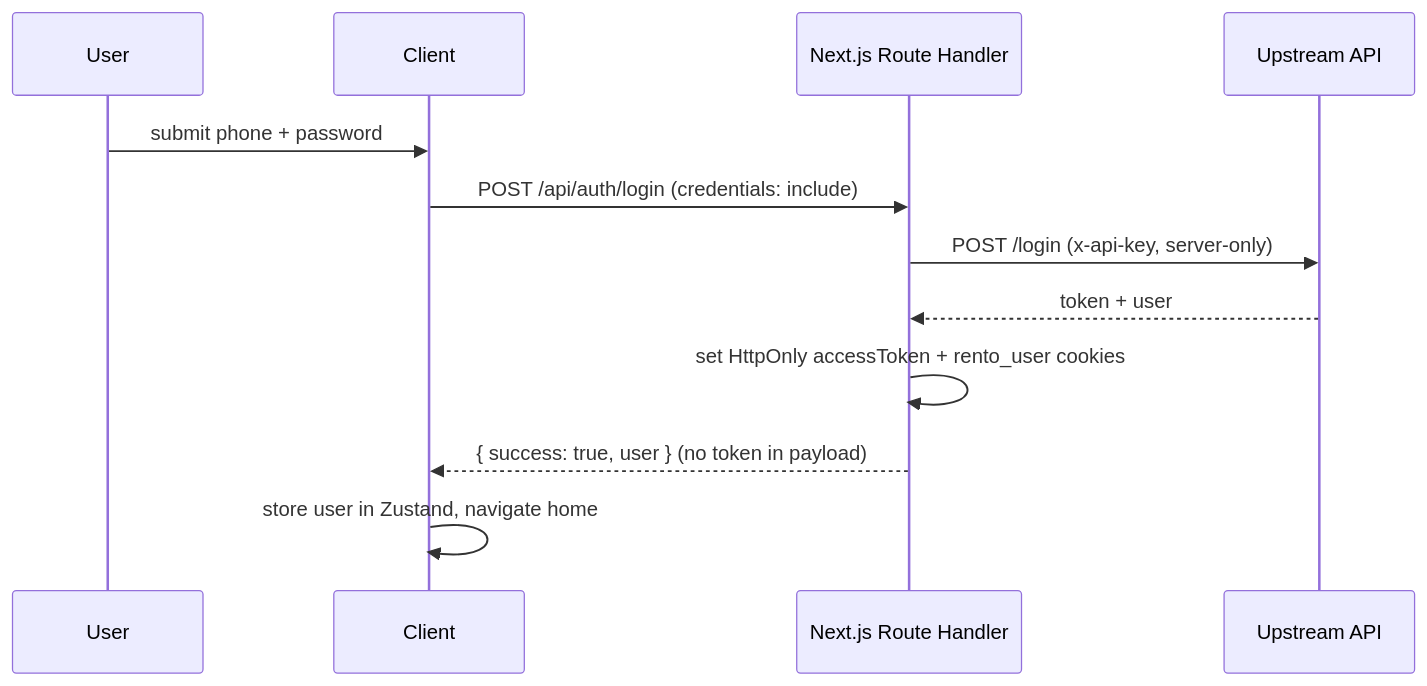
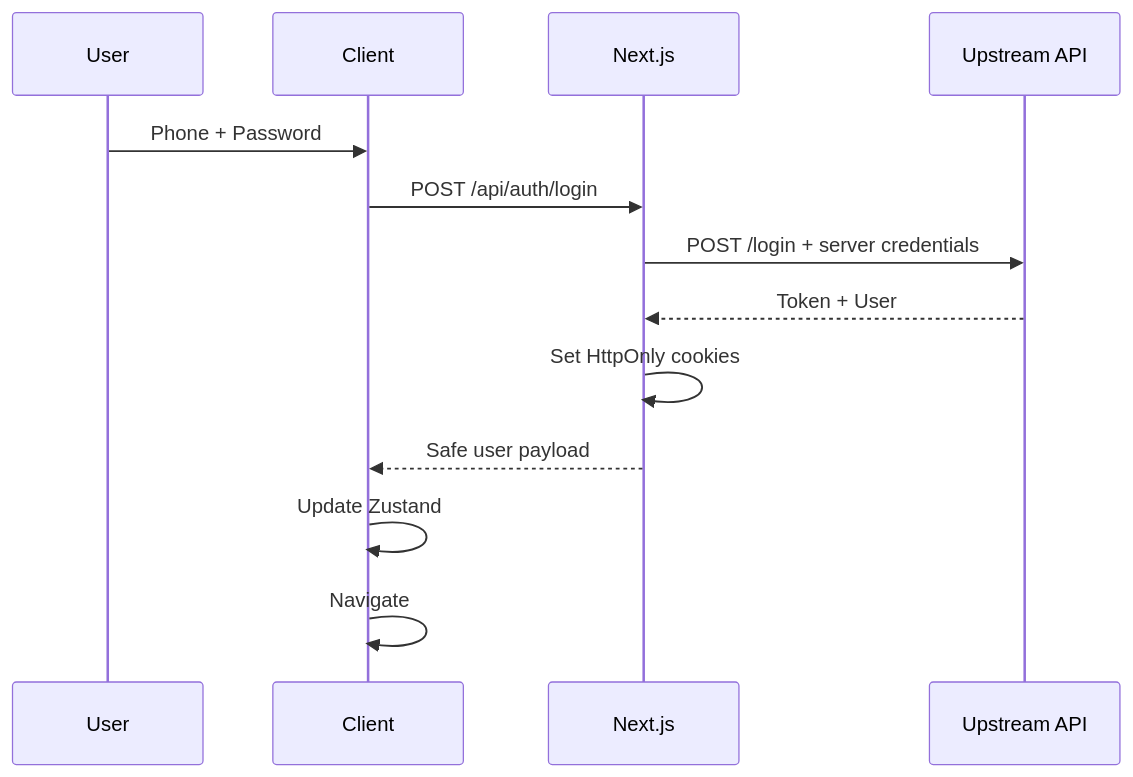
The second of 7 diagrams in Web-architecture.md (suliman-mousa/Rento-Car), drawn with Mermaid before and after one commit. The commit also changed other lines of this file, not shown here.

````diff
--- a/Web-architecture.md
+++ b/Web-architecture.md
@@ -77,15 +260,16 @@
 ```mermaid
 sequenceDiagram
     participant U as User
     participant C as Client
-    participant N as Next.js Route Handler
+    participant N as Next.js
     participant A as Upstream API
 
-    U->>C: submit phone + password
-    C->>N: POST /api/auth/login (credentials: include)
-    N->>A: POST /login (x-api-key, server-only)
-    A-->>N: token + user
-    N->>N: set HttpOnly accessToken + rento_user cookies
-    N-->>C: { success: true, user }  (no token in payload)
-    C->>C: store user in Zustand, navigate home
+    U->>C: Phone + Password
+    C->>N: POST /api/auth/login
+    N->>A: POST /login + server credentials
+    A-->>N: Token + User
+    N->>N: Set HttpOnly cookies
+    N-->>C: Safe user payload
+    C->>C: Update Zustand
+    C->>C: Navigate
 ```
````
